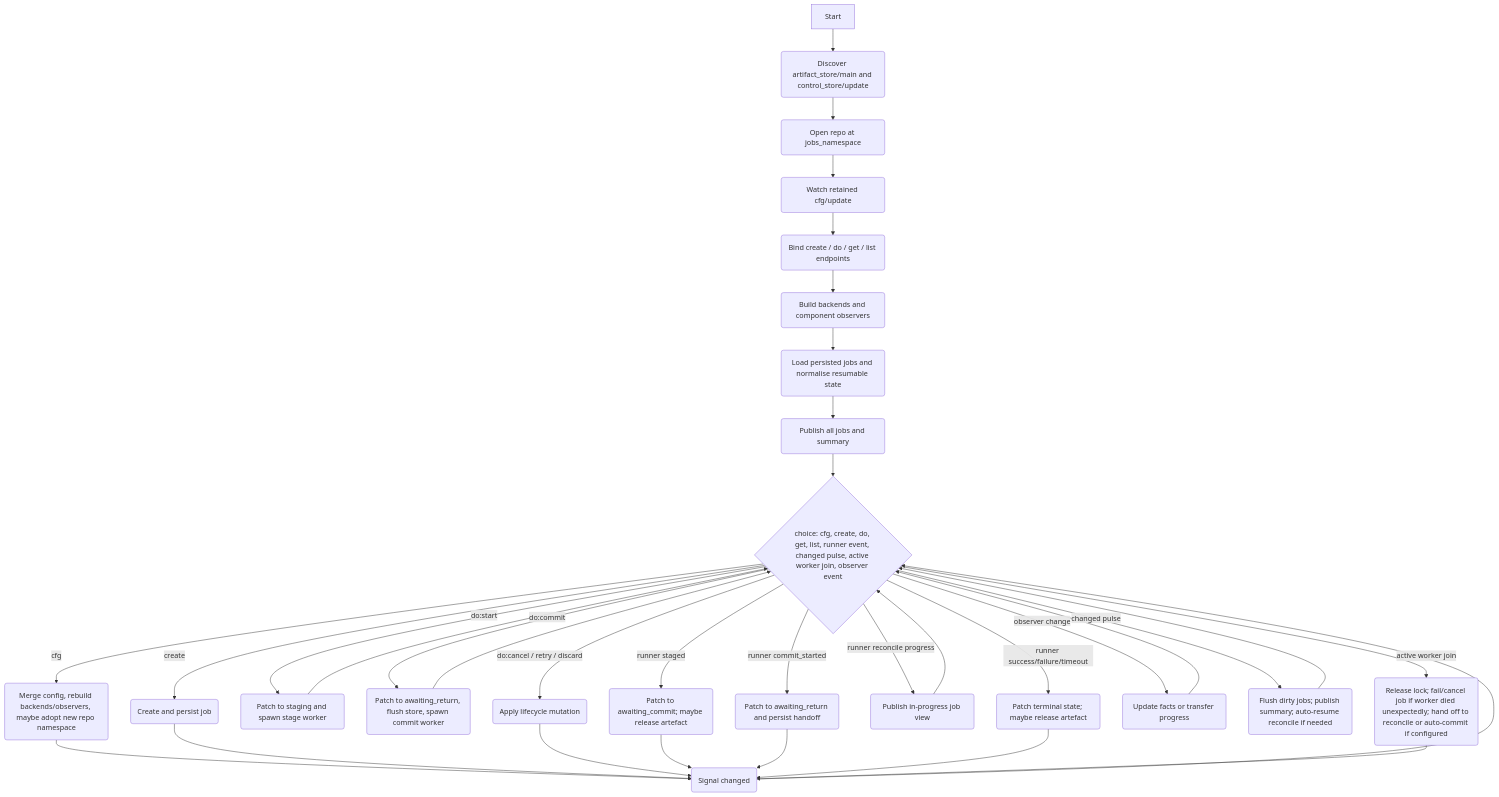
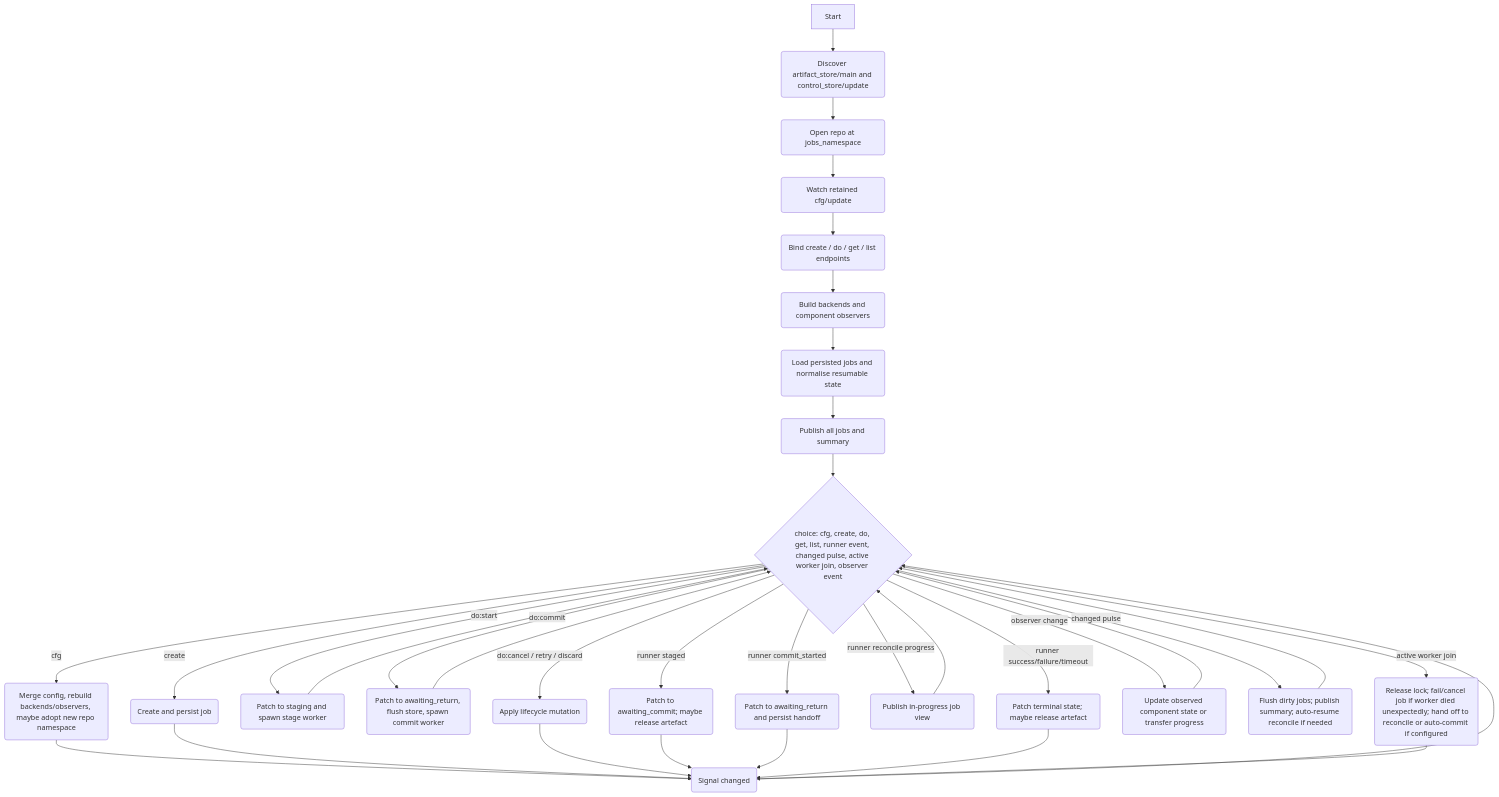
The diagram in docs/specs/update.md (jangala-dev/devicecode-lua), drawn with Mermaid before and after one commit. The commit also changed other lines of this file and 3 other files, not shown here.

````diff
--- a/docs/specs/update.md
+++ b/docs/specs/update.md
@@ -644,36 +651,36 @@
 ```mermaid
 flowchart TD
   St[Start] --> A(Discover artifact_store/main and control_store/update)
   A --> B(Open repo at jobs_namespace)
   B --> C(Watch retained cfg/update)
   C --> D(Bind create / do / get / list endpoints)
   D --> E(Build backends and component observers)
   E --> F(Load persisted jobs and normalise resumable state)
   F --> G(Publish all jobs and summary)
   G --> H{choice: cfg, create, do, get, list, runner event, changed pulse, active worker join, observer event}
   H -->|cfg| I(Merge config, rebuild backends/observers, maybe adopt new repo namespace)
   I --> J(Signal changed)
   J --> H
   H -->|create| K(Create and persist job)
   K --> J
   H -->|do:start| L(Patch to staging and spawn stage worker)
   L --> H
   H -->|do:commit| M(Patch to awaiting_return, flush store, spawn commit worker)
   M --> H
   H -->|do:cancel / retry / discard| N(Apply lifecycle mutation)
   N --> J
   H -->|runner staged| O(Patch to awaiting_commit; maybe release artefact)
   O --> J
   H -->|runner commit_started| P(Patch to awaiting_return and persist handoff)
   P --> J
   H -->|runner reconcile progress| Q(Publish in-progress job view)
   Q --> H
   H -->|runner success/failure/timeout| R(Patch terminal state; maybe release artefact)
   R --> J
-  H -->|observer change| S(Update facts or transfer progress)
+  H -->|observer change| S(Update observed component state or transfer progress)
   S --> H
   H -->|changed pulse| T(Flush dirty jobs; publish summary; auto-resume reconcile if needed)
   T --> H
   H -->|active worker join| U(Release lock; fail/cancel job if worker died unexpectedly; hand off to reconcile or auto-commit if configured)
   U --> J
 ```
````
